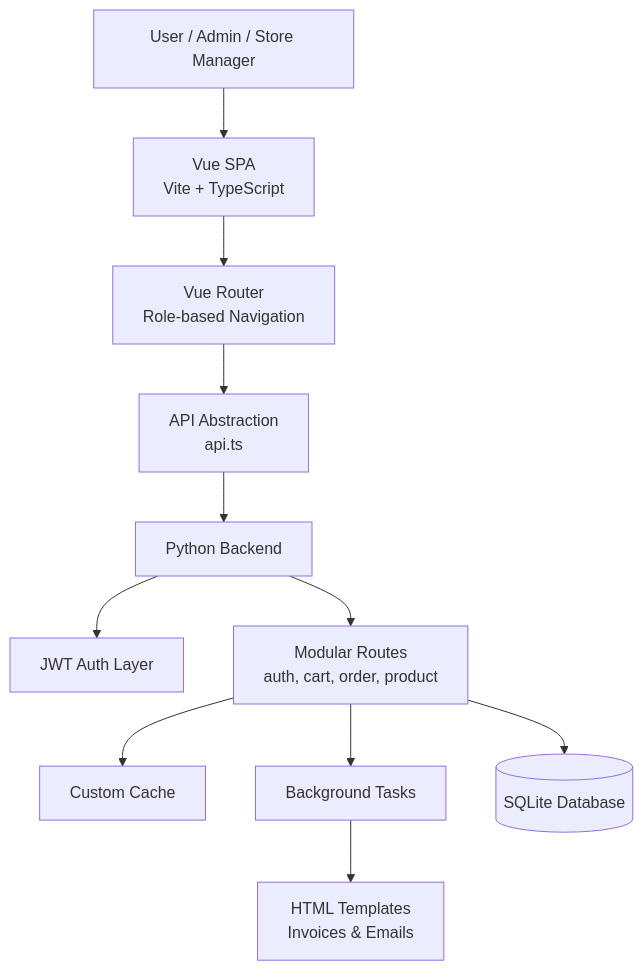
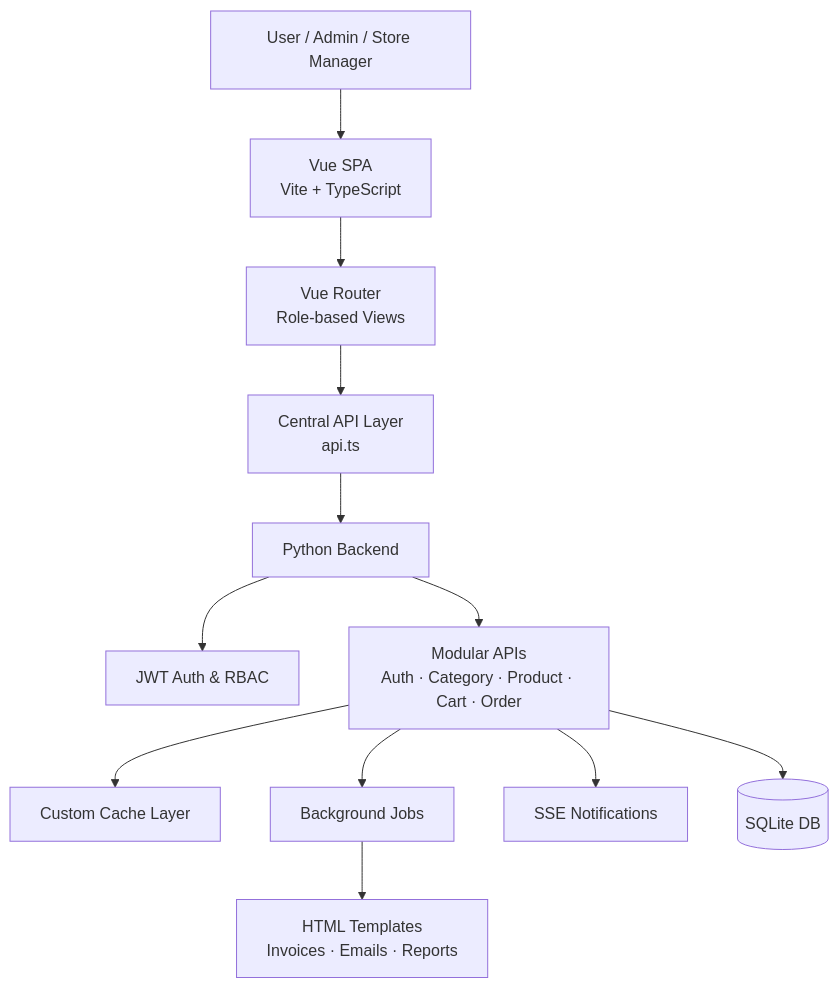
One commit to BabaHerons/GroceryStoreV2 changed the diagram in README.md. Above: the diagram before and after it, drawn with Mermaid. The commit also changed other lines of this file, not shown here.

````diff
--- a/README.md
+++ b/README.md
@@ -37,28 +44,30 @@
 ```mermaid
 flowchart TD
-    USER[User / Admin / Store Manager]
+    U[User / Admin / Store Manager]
 
-    UI[Vue SPA<br/>Vite + TypeScript]
-    ROUTER[Vue Router<br/>Role-based Navigation]
-    API_LAYER[API Abstraction<br/>api.ts]
+    FE[Vue SPA<br/>Vite + TypeScript]
+    ROUTER[Vue Router<br/>Role-based Views]
+    API[Central API Layer<br/>api.ts]
 
-    BACKEND[Python Backend]
-    AUTH[JWT Auth Layer]
-    ROUTES[Modular Routes<br/>auth, cart, order, product]
-    CACHE[Custom Cache]
-    TASKS[Background Tasks]
-    DB[(SQLite Database)]
-    TEMPLATES[HTML Templates<br/>Invoices & Emails]
+    BE[Python Backend]
+    AUTH[JWT Auth & RBAC]
+    ROUTES[Modular APIs<br/>Auth · Category · Product · Cart · Order]
+    CACHE[Custom Cache Layer]
+    TASKS[Background Jobs]
+    SSE[SSE Notifications]
+    DB[(SQLite DB)]
+    TPL[HTML Templates<br/>Invoices · Emails · Reports]
 
-    USER --> UI
-    UI --> ROUTER
-    ROUTER --> API_LAYER
-    API_LAYER --> BACKEND
+    U --> FE
+    FE --> ROUTER
+    ROUTER --> API
+    API --> BE
 
-    BACKEND --> AUTH
-    BACKEND --> ROUTES
+    BE --> AUTH
+    BE --> ROUTES
     ROUTES --> CACHE
     ROUTES --> TASKS
+    ROUTES --> SSE
     ROUTES --> DB
-    TASKS --> TEMPLATES
+    TASKS --> TPL
 ```
````
